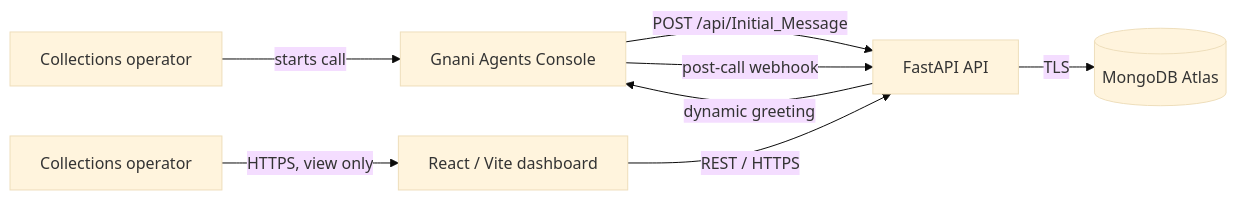
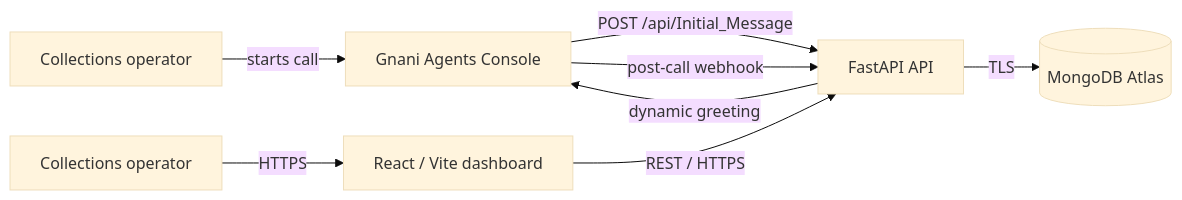
One commit to vaishnaviikv/EMI-payment-collection-agent changed the diagram in README.md. Above: the diagram before and after it, drawn with Mermaid (base theme). The commit also changed other lines of this file and 15 other files, not shown here.

````diff
--- a/README.md
+++ b/README.md
@@ -9,10 +24,10 @@
 ```mermaid
 flowchart LR
   Op[Collections operator] -->|starts call| G[Gnani Agents Console]
   G -->|POST /api/Initial_Message| A[FastAPI API]
   A -->|TLS| M[(MongoDB Atlas)]
   A -->|dynamic greeting| G
   G -->|post-call webhook| A
-  U[Collections operator] -->|HTTPS, view only| W[React / Vite dashboard]
+  U[Collections operator] -->|HTTPS| W[React / Vite dashboard]
   W -->|REST / HTTPS| A
 ```
````
